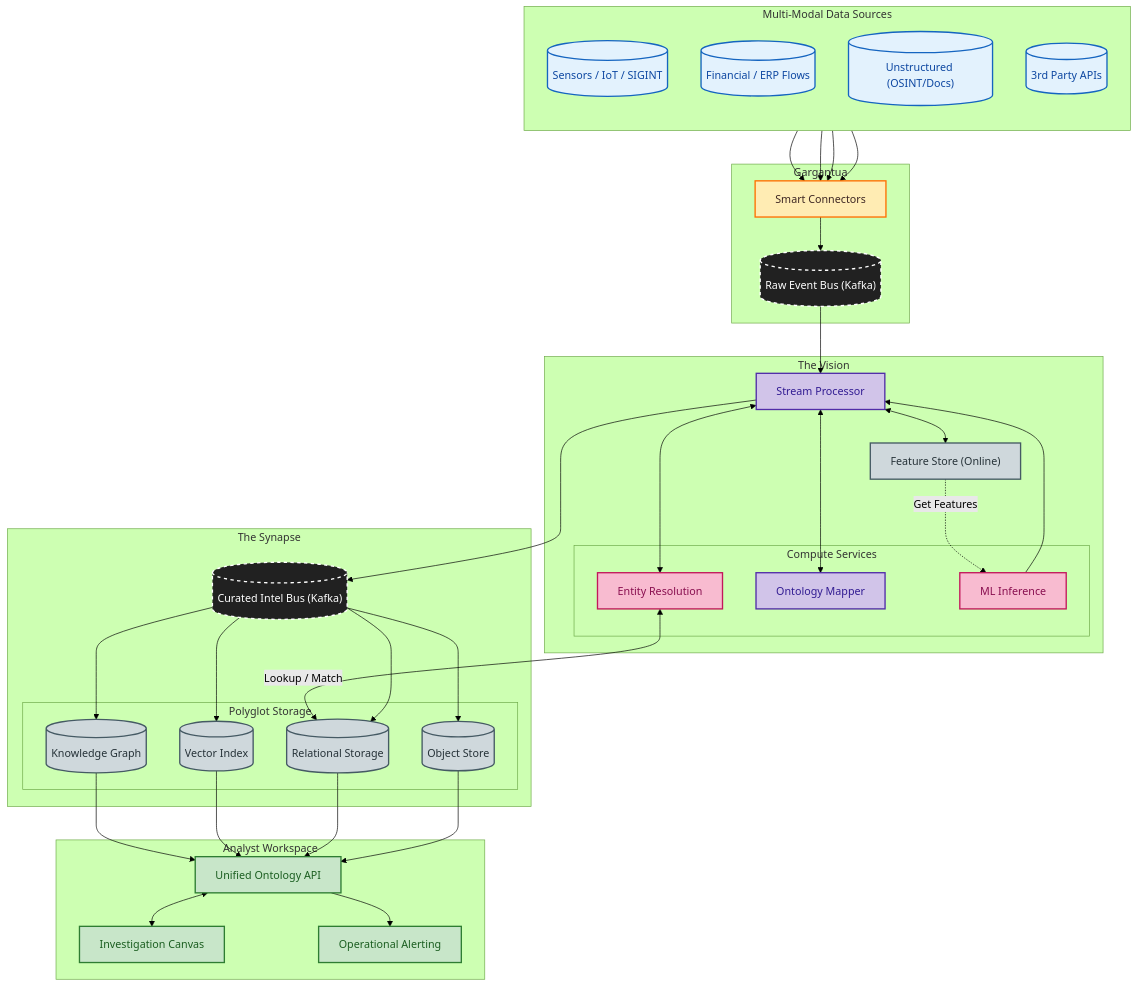
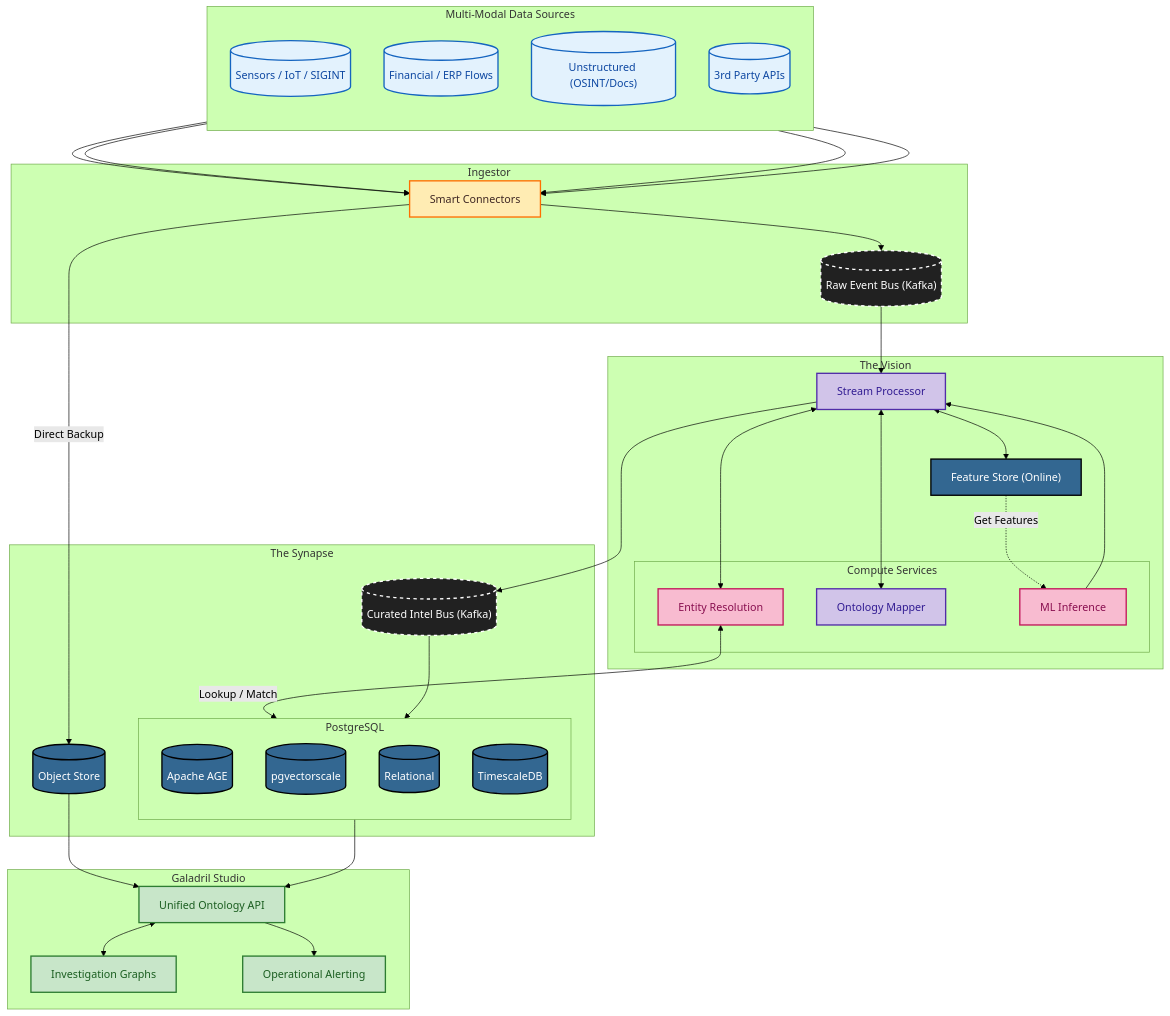
The diagram in README.md (RealHinome/Galadril), drawn with Mermaid (forest theme) before and after one commit.

Commit message:
Mix all databases on Postgres

````diff
--- a/README.md
+++ b/README.md
@@ -15,72 +15,78 @@
 ```mermaid
 flowchart TD
     classDef source fill:#e3f2fd,stroke:#1565c0,stroke-width:2px,color:#0d47a1
     classDef ingest fill:#ffecb3,stroke:#ff6f00,stroke-width:2px,color:#3e2723
     classDef stream fill:#d1c4e9,stroke:#512da8,stroke-width:2px,color:#311b92
     classDef ml fill:#f8bbd0,stroke:#c2185b,stroke-width:2px,color:#880e4f
-    classDef storage fill:#cfd8dc,stroke:#455a64,stroke-width:2px,color:#263238
+    classDef pg fill:#336791,stroke:#000,stroke-width:2px,color:#fff
     classDef app fill:#c8e6c9,stroke:#2e7d32,stroke-width:2px,color:#1b5e20
     classDef bus fill:#212121,stroke:#fff,stroke-width:2px,color:#fff,stroke-dasharray: 5 5
 
     subgraph Sources ["Multi-Modal Data Sources"]
         direction TB
         S1[("Sensors / IoT / SIGINT")]:::source
         S2[("Financial / ERP Flows")]:::source
         S3[("Unstructured (OSINT/Docs)")]:::source
         S4[("3rd Party APIs")]:::source
     end
 
-    subgraph Ingestion ["Gargantua"]
+    subgraph Ingestion ["Ingestor"]
         Connectors["Smart Connectors"]:::ingest
         Raw_Bus[("Raw Event Bus (Kafka)")]:::bus
     end
 
     subgraph Processing ["The Vision"]
         Stream_Engine["Stream Processor"]:::stream
         
         subgraph Compute ["Compute Services"]
             Entity_Res["Entity Resolution"]:::ml
             Ontology_Map["Ontology Mapper"]:::stream
             ML_Inf["ML Inference"]:::ml
         end
         
-        Feature_Store["Feature Store (Online)"]:::storage
+        Feature_Store["Feature Store (Online)"]:::pg
     end
 
     subgraph Knowledge ["The Synapse"]
         Intel_Bus[("Curated Intel Bus (Kafka)")]:::bus
         
-        subgraph Databases ["Polyglot Storage"]
-            KG[("Knowledge Graph")]:::storage
-            VecDB[("Vector Index")]:::storage
-            Relational[("Relational Storage")]:::storage
-            ObjStore[("Object Store")]:::storage
+        subgraph PG_Engine ["PostgreSQL"]
+            direction TB
+            KG[("Apache AGE")]:::pg
+            VecDB[("pgvectorscale")]:::pg
+            Relational[("Relational")]:::pg
+            Timescale[("TimescaleDB")]:::pg
         end
+        
+        ObjStore[("Object Store")]:::pg
     end
 
-    subgraph Consumption ["Analyst Workspace"]
+    subgraph Consumption ["Galadril Studio"]
         Gateway["Unified Ontology API"]:::app
-        Studio["Investigation Canvas"]:::app
+        Studio["Investigation Graphs"]:::app
         Alerts["Operational Alerting"]:::app
     end
 
     S1 & S2 & S3 & S4 --> Connectors
     Connectors --> Raw_Bus
+    Connectors -->|Direct Backup| ObjStore
+    
     Raw_Bus --> Stream_Engine
 
     Stream_Engine <--> Ontology_Map
     Stream_Engine <--> Feature_Store
     
     Feature_Store -.-> |"Get Features"| ML_Inf
     ML_Inf --> Stream_Engine
 
     Entity_Res <--> |"Lookup / Match"| Relational
     Stream_Engine <--> Entity_Res
 
     Stream_Engine --> Intel_Bus
-    Intel_Bus --> KG & VecDB & Relational & ObjStore
+    Intel_Bus --> PG_Engine
+    %% Note: Intel_Bus --> ObjStore a été retiré
 
-    KG & VecDB & Relational & ObjStore --> Gateway
+    PG_Engine & ObjStore --> Gateway
     Gateway <--> Studio
     Gateway --> Alerts
 ```
````
